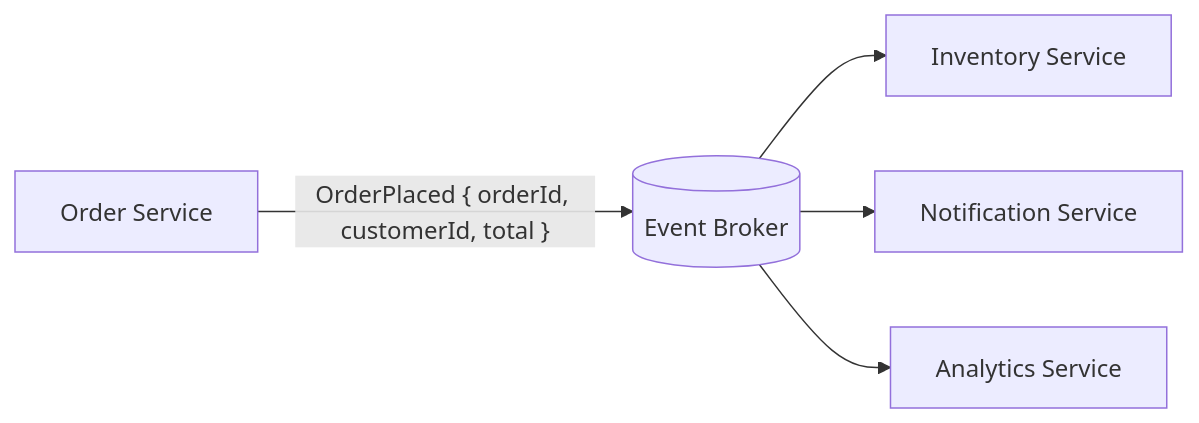
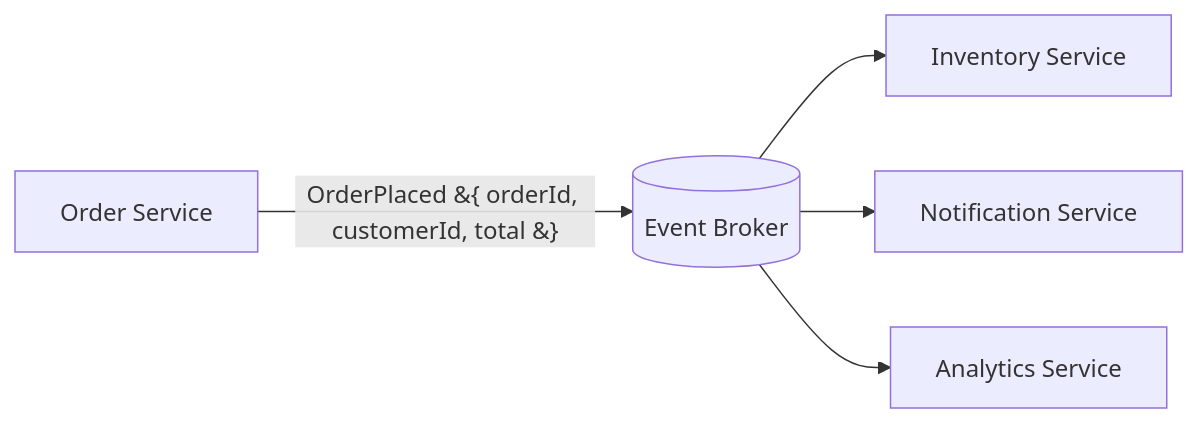
The fifth of 12 diagrams in software_architecture/08_service_communication_data_sharing.md (vladiant/vladiant), drawn with Mermaid before and after one commit. The commit also changed other lines of this file, not shown here.

Commit message:
Fix mermaid rendering

````diff
--- a/software_architecture/08_service_communication_data_sharing.md
+++ b/software_architecture/08_service_communication_data_sharing.md
@@ -115,7 +115,7 @@
 ```mermaid
 graph LR
-    OS[Order Service] -- "OrderPlaced { orderId, customerId, total }" --> BROKER[(Event Broker)]
+    OS[Order Service] -- "OrderPlaced &#123; orderId, customerId, total &#125;" --> BROKER[(Event Broker)]
     BROKER --> INV[Inventory Service]
     BROKER --> NOTIFY[Notification Service]
     BROKER --> ANALYTICS[Analytics Service]
 ```
````
